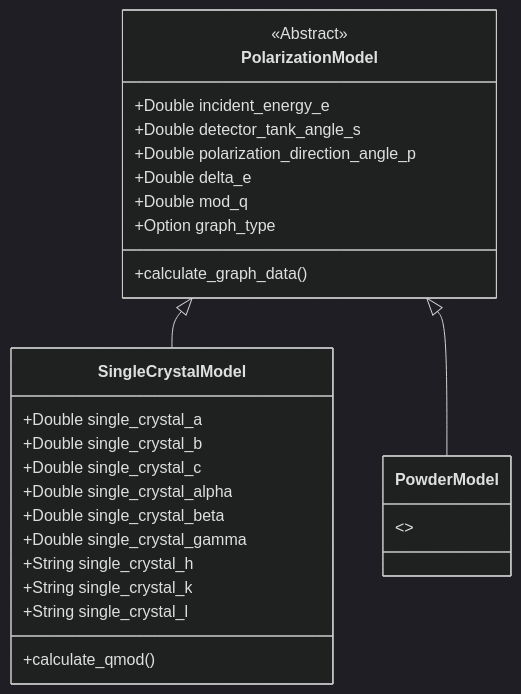
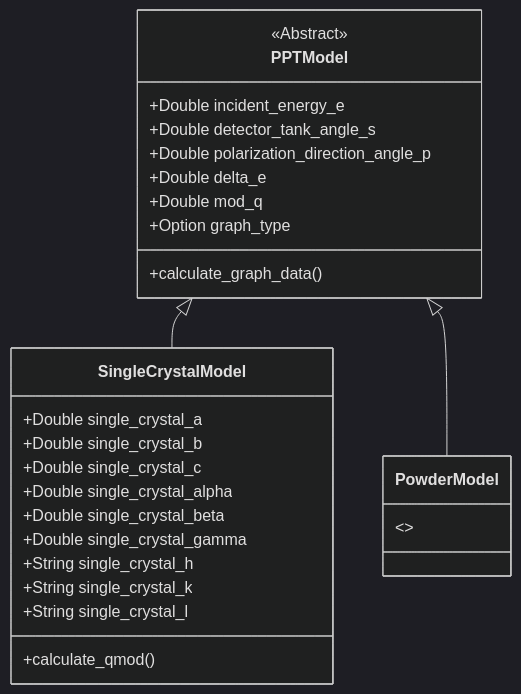
One commit to neutrons/hyspecppt changed the first of 3 diagrams in docs/source/design/polarizationmodel.rst. Above: the diagram before and after it, drawn with Mermaid (dark theme). The commit also changed other lines of this file and 4 other files, not shown here.

```diff
--- a/docs/source/design/polarizationmodel.rst
+++ b/docs/source/design/polarizationmodel.rst
@@ -11,35 +11,35 @@
 .. mermaid::
 
  classDiagram
-    PolarizationModel <|-- SingleCrystalModel
-    PolarizationModel <|-- PowderModel
+    PPTModel <|-- SingleCrystalModel
+    PPTModel <|-- PowderModel
 
 
-    class PolarizationModel{
+    class PPTModel{
         <<Abstract>>
         +Double incident_energy_e
         +Double detector_tank_angle_s
         +Double polarization_direction_angle_p
         +Double delta_e
         +Double mod_q
         +Option graph_type
         +calculate_graph_data()
 
     }
 
     class SingleCrystalModel{
         +Double single_crystal_a
         +Double single_crystal_b
         +Double single_crystal_c
         +Double single_crystal_alpha
         +Double single_crystal_beta
         +Double single_crystal_gamma
         +String single_crystal_h
         +String single_crystal_k
         +String single_crystal_l
         +calculate_qmod()
     }
 
     class PowderModel{
         <>
     }
```
